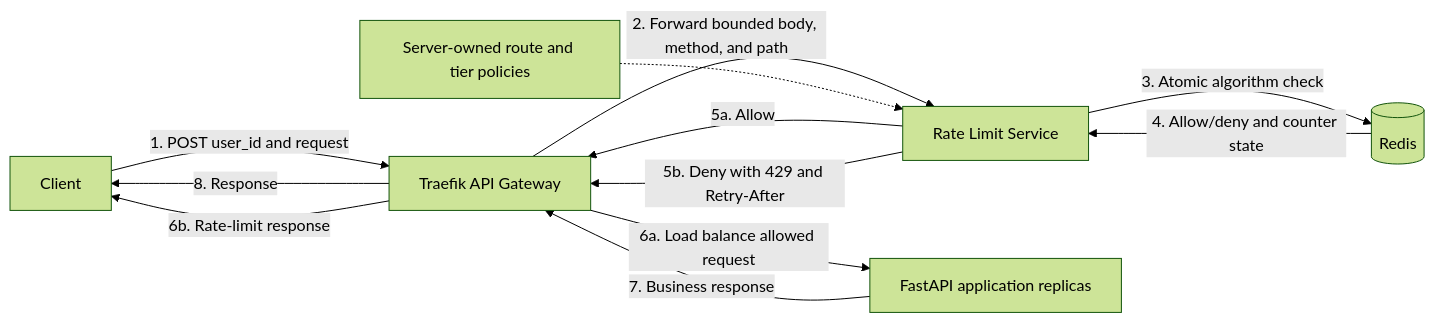
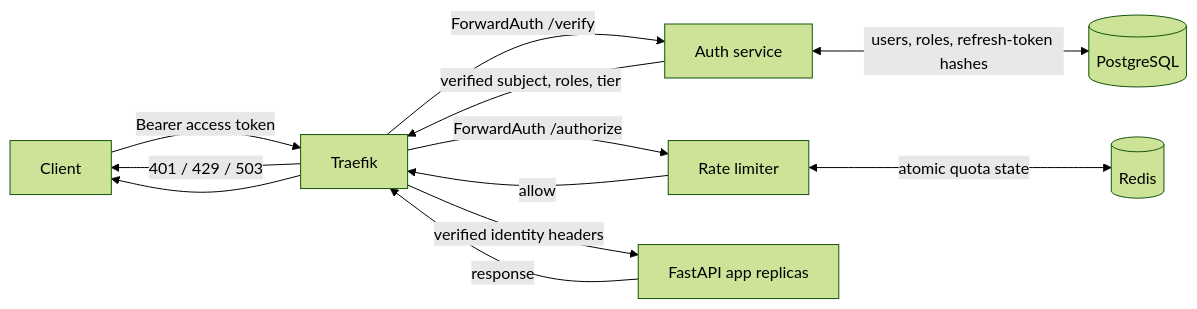
Before and after one commit to govardhan100/system-design: the diagram in rate-limit/README.md, drawn with Mermaid (forest theme). The commit also changed other lines of this file and 28 other files, not shown here.

Commit message:
Add authenticated API gateway and demo UI

````diff
--- a/rate-limit/README.md
+++ b/rate-limit/README.md
@@ -9,14 +7,14 @@
 ```mermaid
 flowchart LR
-    C[Client] -->|1. POST user_id and request| G[Traefik API Gateway]
-    G -->|2. Forward bounded body, method, and path| RL[Rate Limit Service]
-    P[Server-owned route and tier policies] -.-> RL
-    RL -->|3. Atomic algorithm check| R[(Redis)]
-    R -->|4. Allow/deny and counter state| RL
-    RL -->|5a. Allow| G
-    G -->|6a. Load balance allowed request| A[FastAPI application replicas]
-    A -->|7. Business response| G
-    G -->|8. Response| C
-    RL -->|5b. Deny with 429 and Retry-After| G
-    G -->|6b. Rate-limit response| C
+    C[Client] -->|Bearer access token| G[Traefik]
+    G -->|ForwardAuth /verify| A[Auth service]
+    A <-->|users, roles, refresh-token hashes| PG[(PostgreSQL)]
+    A -->|verified subject, roles, tier| G
+    G -->|ForwardAuth /authorize| RL[Rate limiter]
+    RL <-->|atomic quota state| R[(Redis)]
+    RL -->|allow| G
+    G -->|verified identity headers| APP[FastAPI app replicas]
+    G -->|401 / 429 / 503| C
+    APP -->|response| G
+    G --> C
 ```
````
